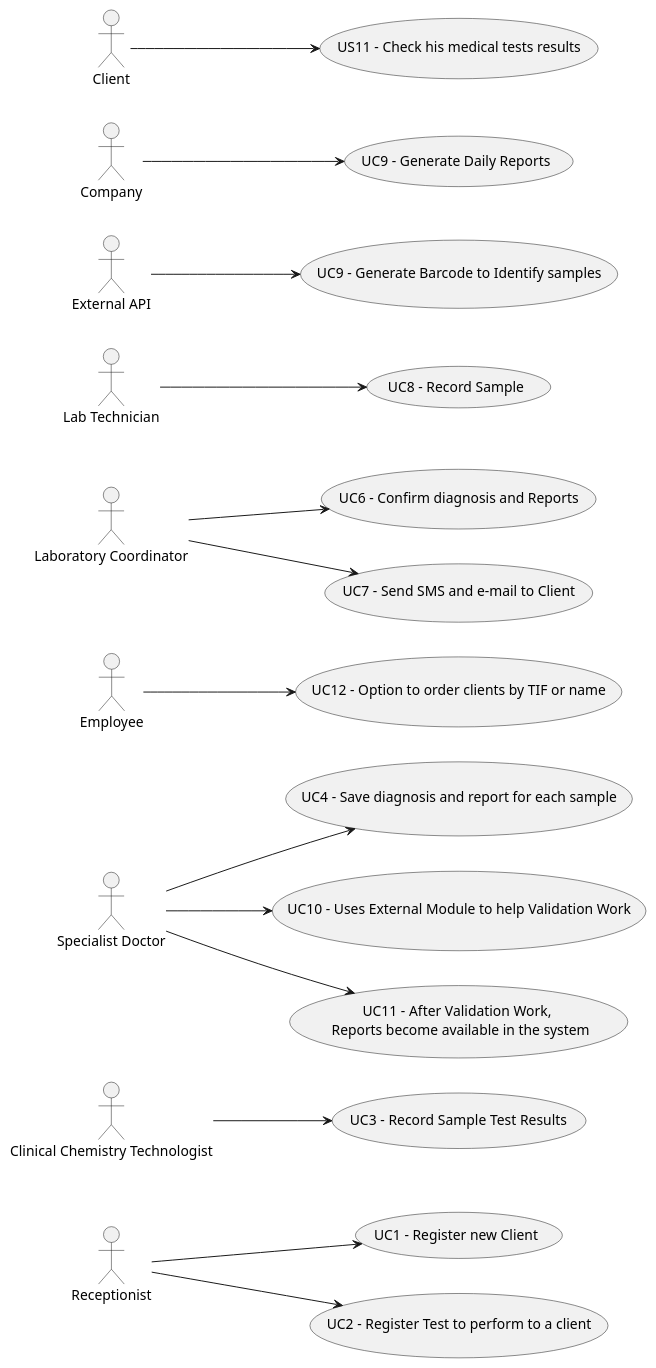
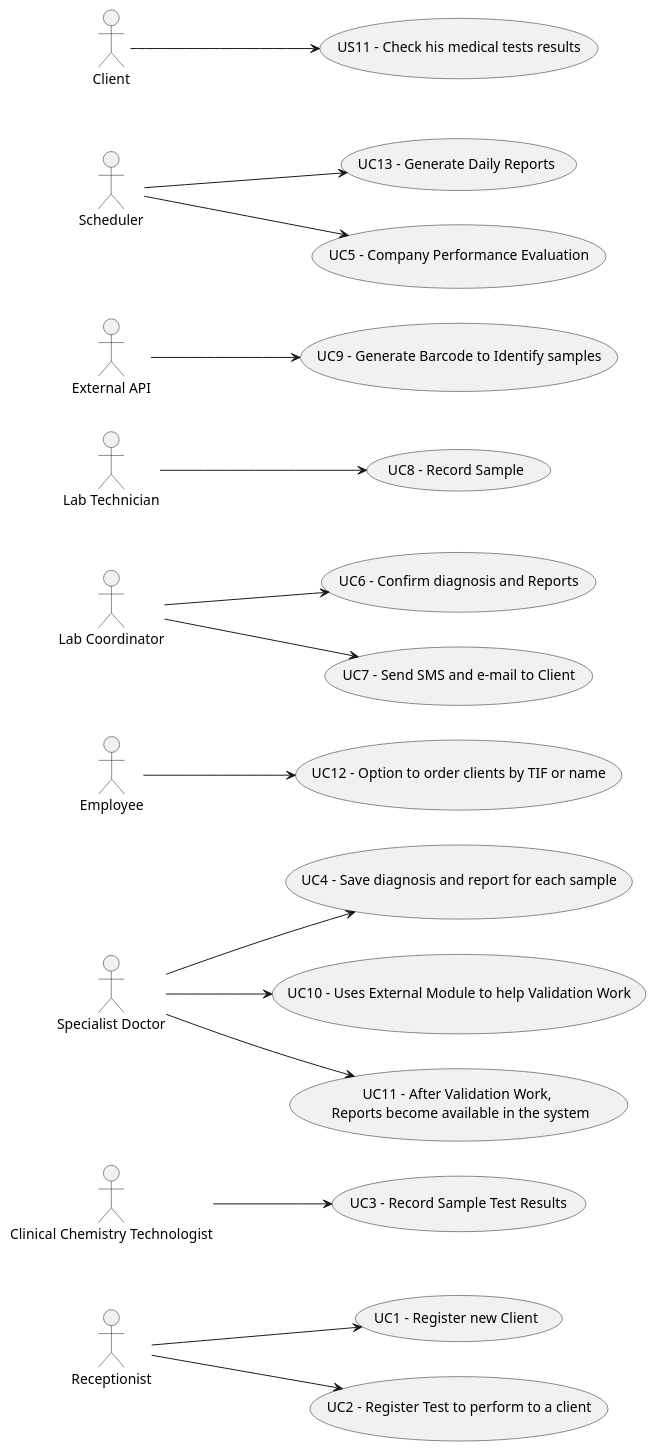
Before and after one commit to GuilhermeCunha79/lapr2: the diagram in docs/SprintA/UC Diagram.puml, drawn with PlantUML. The commit also changed 2 other files, not shown here.

Commit message:
Changes to the Glossary and UC Diagram

```diff
--- a/docs/SprintA/UC Diagram.puml
+++ b/docs/SprintA/UC Diagram.puml
@@ -1,30 +1,31 @@
 @startuml
 'https://plantuml.com/use-case-diagram
 
 left to right direction
 :Receptionist: as Recep
 Recep --> (UC1 - Register new Client)
 Recep --> (UC2 - Register Test to perform to a client)
 :Clinical Chemistry Technologist: -down-> (UC3 - Record Sample Test Results)
 :Specialist Doctor: --> (UC4 - Save diagnosis and report for each sample)
 :Specialist Doctor: --> (UC10 - Uses External Module to help Validation Work)
 :Specialist Doctor: --> (UC11 - After Validation Work, \n Reports become available in the system)
 
 :Employee: --> (UC12 - Option to order clients by TIF or name)
 
-:Laboratory Coordinator: as lc
+:Lab Coordinator: as lc
 (UC6 - Confirm diagnosis and Reports) as UC6
 (UC7 - Send SMS and e-mail to Client) as UC7
 :Lab Technician: as lt
 (UC8 - Record Sample) as UC8
 :External API: --> (UC9 - Generate Barcode to Identify samples)
 
-:Company: --> (UC9 - Generate Daily Reports)
+:Scheduler: --> (UC13 - Generate Daily Reports)
+:Scheduler: --> (UC5 - Company Performance Evaluation)
 lc --> UC6
 lc --> UC7
 
 lt --> UC8
 
 
 :Client: --> (US11 - Check his medical tests results)
 @enduml
```
